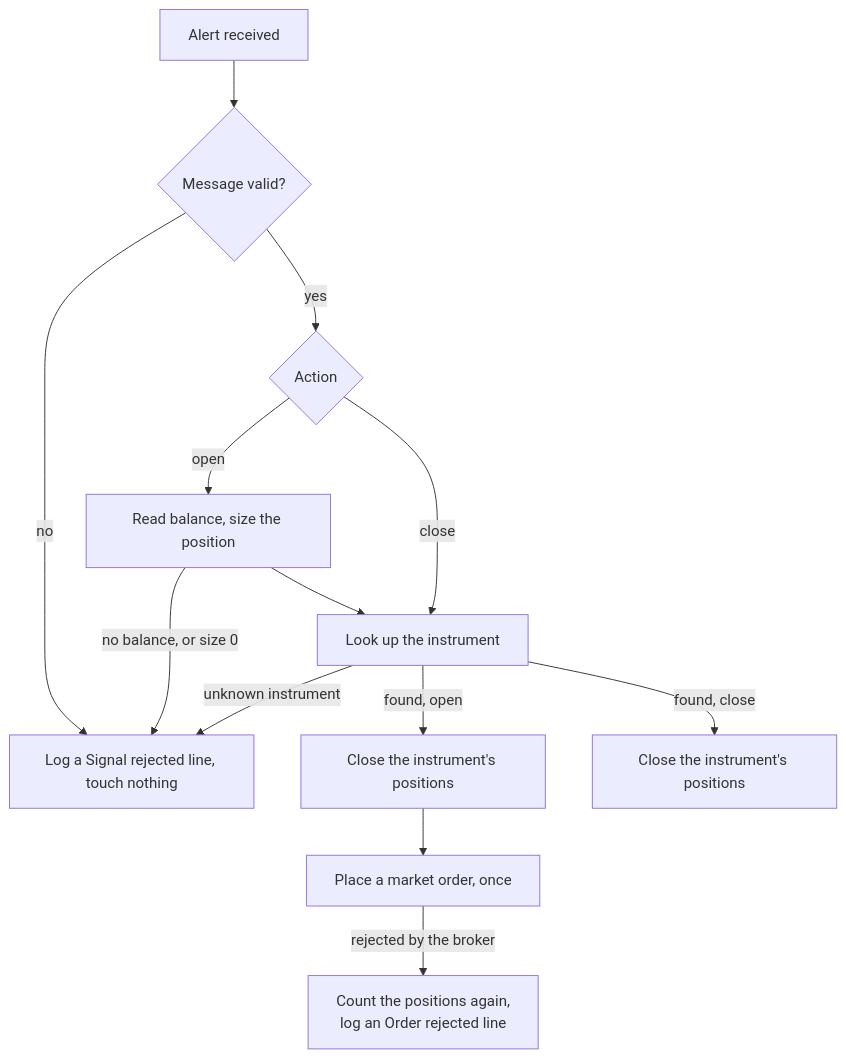
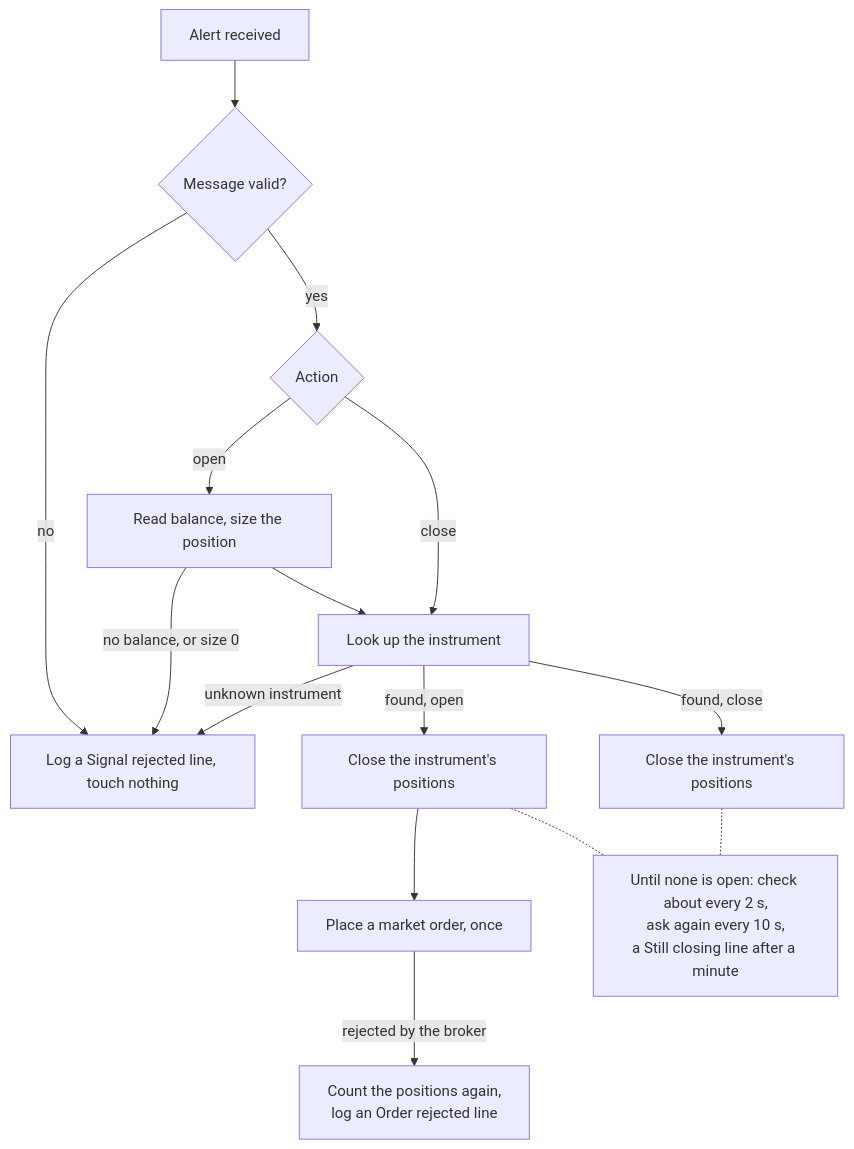
The second of 2 diagrams in README.md (Akinzou/TradeLockerBot), drawn with Mermaid before and after one commit. The commit also changed other lines of this file and 17 other files, not shown here.

````diff
--- a/README.md
+++ b/README.md
@@ -65,14 +71,15 @@
 ```mermaid
 flowchart TD
     A[Alert received] --> B{Message valid?}
     B -- no --> X["Log a Signal rejected line, touch nothing"]
     B -- yes --> C{Action}
     C -- open --> D[Read balance, size the position]
     D --> E[Look up the instrument]
     C -- close --> E
     D -- "no balance, or size 0" --> X
     E -- unknown instrument --> X
     E -- "found, open" --> F["Close the instrument's positions"] --> G["Place a market order, once"]
     G -- "rejected by the broker" --> R["Count the positions again,<br/>log an Order rejected line"]
     E -- "found, close" --> H["Close the instrument's positions"]
+    F & H -.- W["Until none is open: check about every 2 s,<br/>ask again every 10 s,<br/>a Still closing line after a minute"]
 ```
````
